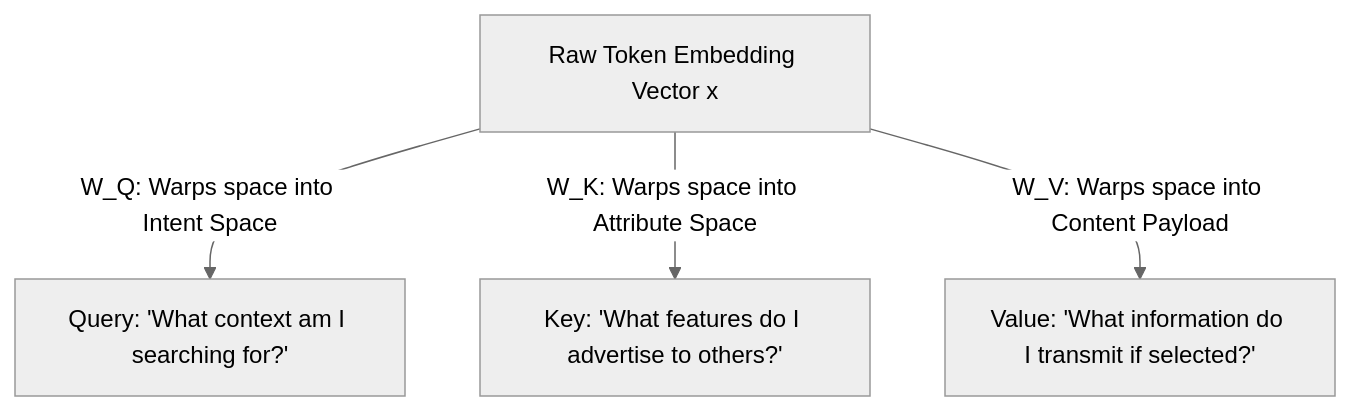
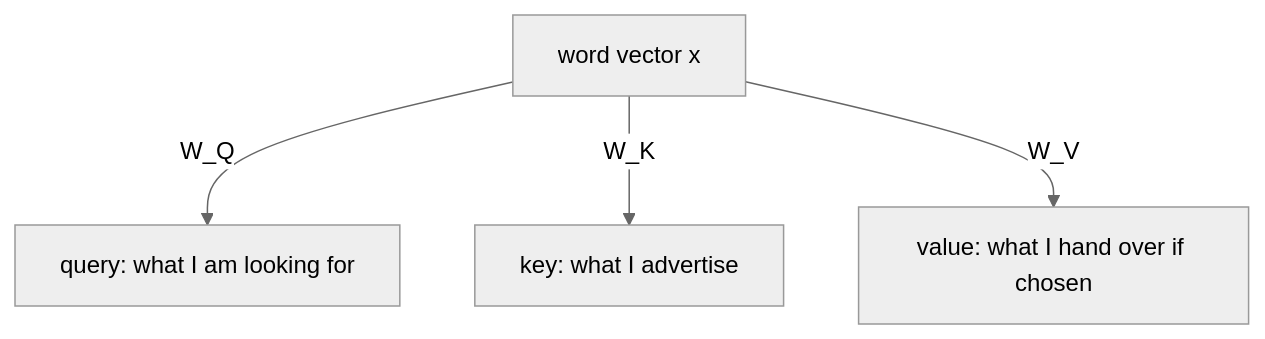
One commit to azusachino/harus-blog changed the second of 2 diagrams in docs/tech/series/math-for-ai/03.matrices-and-transformations.md. Above: the diagram before and after it, drawn with Mermaid (neutral theme). The commit also changed other lines of this file and 11 other files, not shown here.

````diff
--- a/docs/tech/series/math-for-ai/03.matrices-and-transformations.md
+++ b/docs/tech/series/math-for-ai/03.matrices-and-transformations.md
@@ -114,8 +67,7 @@
 ```mermaid
 flowchart TD
-    X["Raw Token Embedding Vector x"]
-    
-    X -->|W_Q: Warps space into Intent Space| Q["Query: 'What context am I searching for?'"]
-    X -->|W_K: Warps space into Attribute Space| K["Key: 'What features do I advertise to others?'"]
-    X -->|W_V: Warps space into Content Payload| V["Value: 'What information do I transmit if selected?'"]
+    X["word vector x"]
+    X -->|"W_Q"| Q["query: what I am looking for"]
+    X -->|"W_K"| K["key: what I advertise"]
+    X -->|"W_V"| V["value: what I hand over if chosen"]
 ```
````
